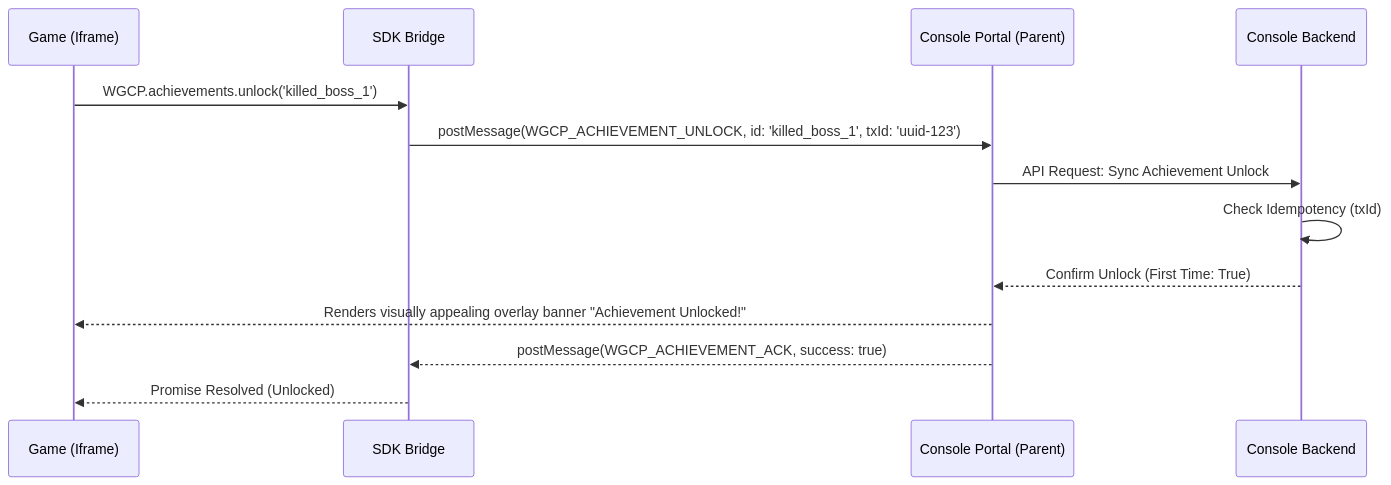
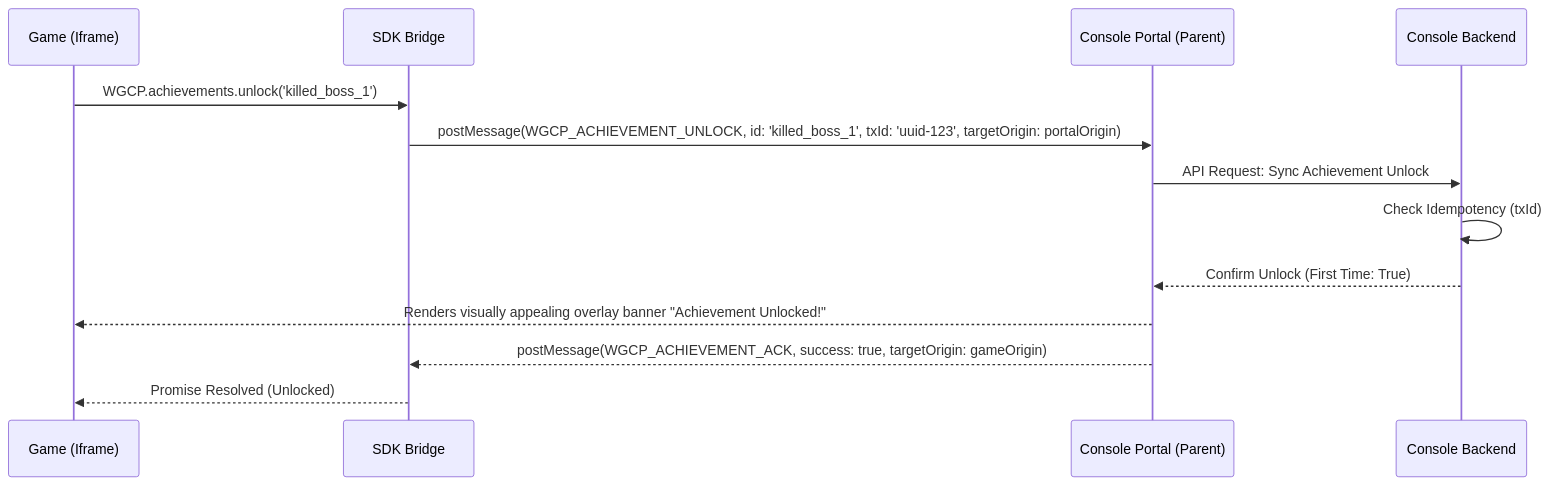
The diagram in .agents/memory/proposals/P-003-game-sdk-services-api.md (svijaykoushik/wgcp), drawn with Mermaid before and after one commit. The commit also changed other lines of this file and 9 other files, not shown here.

````diff
--- a/.agents/memory/proposals/P-003-game-sdk-services-api.md
+++ b/.agents/memory/proposals/P-003-game-sdk-services-api.md
@@ -106,16 +110,16 @@
 ```mermaid
 sequenceDiagram
     participant Game as Game (Iframe)
     participant SDK as SDK Bridge
     participant Portal as Console Portal (Parent)
     participant Backend as Console Backend
 
     Game->>SDK: WGCP.achievements.unlock('killed_boss_1')
-    SDK->>Portal: postMessage(WGCP_ACHIEVEMENT_UNLOCK, id: 'killed_boss_1', txId: 'uuid-123')
+    SDK->>Portal: postMessage(WGCP_ACHIEVEMENT_UNLOCK, id: 'killed_boss_1', txId: 'uuid-123', targetOrigin: portalOrigin)
     Portal->>Backend: API Request: Sync Achievement Unlock
     Backend->>Backend: Check Idempotency (txId)
     Backend-->>Portal: Confirm Unlock (First Time: True)
     Portal-->>Game: Renders visually appealing overlay banner "Achievement Unlocked!"
-    Portal-->>SDK: postMessage(WGCP_ACHIEVEMENT_ACK, success: true)
+    Portal-->>SDK: postMessage(WGCP_ACHIEVEMENT_ACK, success: true, targetOrigin: gameOrigin)
     SDK-->>Game: Promise Resolved (Unlocked)
 ```
````
